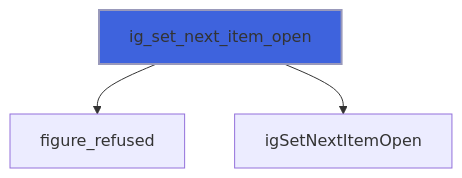
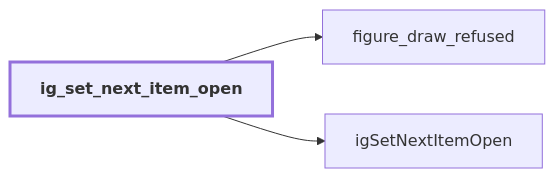
The eighth of 40 diagrams in docs/api/src/lib/figure_group.md (szaghi/figure), drawn with Mermaid before and after one commit. The commit also changed other lines of this file and 54 other files, not shown here.

````diff
--- a/docs/api/src/lib/figure_group.md
+++ b/docs/api/src/lib/figure_group.md
@@ -208,6 +410,9 @@
 ```mermaid
-flowchart TD
-  ig_set_next_item_open["ig_set_next_item_open"] --> figure_refused["figure_refused"]
+flowchart LR
+  ig_set_next_item_open["ig_set_next_item_open"] --> figure_draw_refused["figure_draw_refused"]
   ig_set_next_item_open["ig_set_next_item_open"] --> igSetNextItemOpen["igSetNextItemOpen"]
-  style ig_set_next_item_open fill:#3e63dd,stroke:#99b,stroke-width:2px
+  classDef focus stroke-width:3px,font-weight:bold
+  class ig_set_next_item_open focus
+  click figure_draw_refused href "figure_base.html#figure-draw-refused" "figure_draw_refused"
+  click igSetNextItemOpen href "figure_cimgui.html#igsetnextitemopen" "igSetNextItemOpen"
 ```
````
